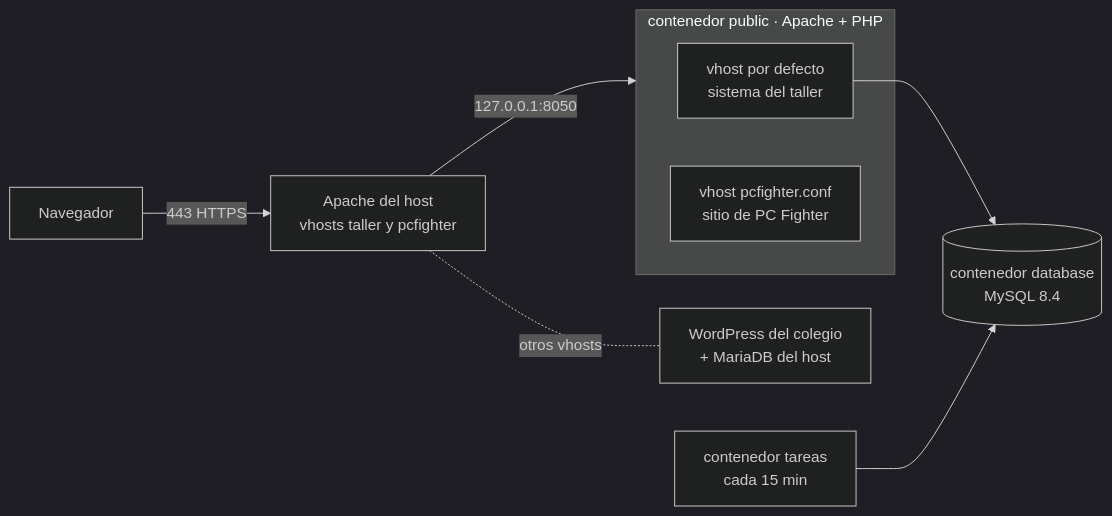
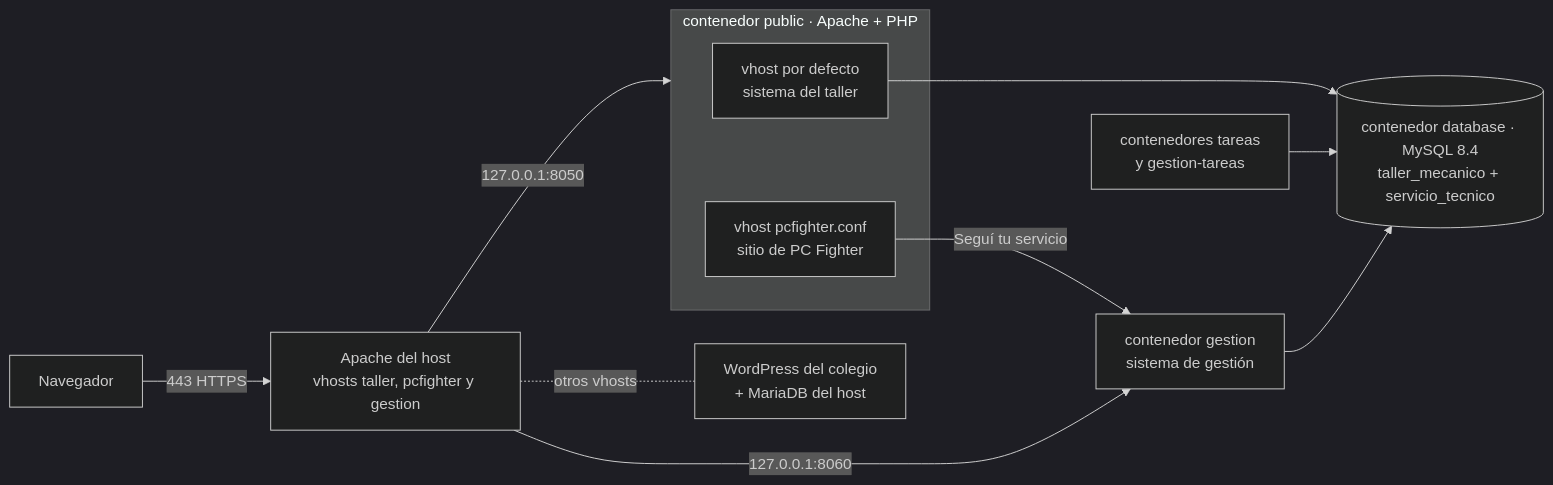
The diagram in DESPLIEGUE.md (Varucard/abel_mecanica), drawn with Mermaid (dark theme) before and after one commit. The commit also changed other lines of this file, not shown here.

First line of the commit message:
Documentar el sistema de gestión en el despliegue

````diff
--- a/DESPLIEGUE.md
+++ b/DESPLIEGUE.md
@@ -25,12 +25,15 @@
 ```mermaid
 flowchart LR
-  N[Navegador] -->|443 HTTPS| AP[Apache del host<br/>vhosts taller y pcfighter]
+  N[Navegador] -->|443 HTTPS| AP[Apache del host<br/>vhosts taller, pcfighter y gestion]
   AP -->|127.0.0.1:8050| PUB
   subgraph PUB[contenedor public · Apache + PHP]
     TA[vhost por defecto<br/>sistema del taller]
     PCF[vhost pcfighter.conf<br/>sitio de PC Fighter]
   end
-  TA --> DB[(contenedor database<br/>MySQL 8.4)]
-  TAR[contenedor tareas<br/>cada 15 min] --> DB
+  AP -->|127.0.0.1:8060| GES[contenedor gestion<br/>sistema de gestión]
+  PCF -->|Seguí tu servicio| GES
+  TA --> DB[(contenedor database · MySQL 8.4<br/>taller_mecanico + servicio_tecnico)]
+  GES --> DB
+  TAR[contenedores tareas<br/>y gestion-tareas] --> DB
   AP -.otros vhosts.- WP[WordPress del colegio<br/>+ MariaDB del host]
 ```
````
